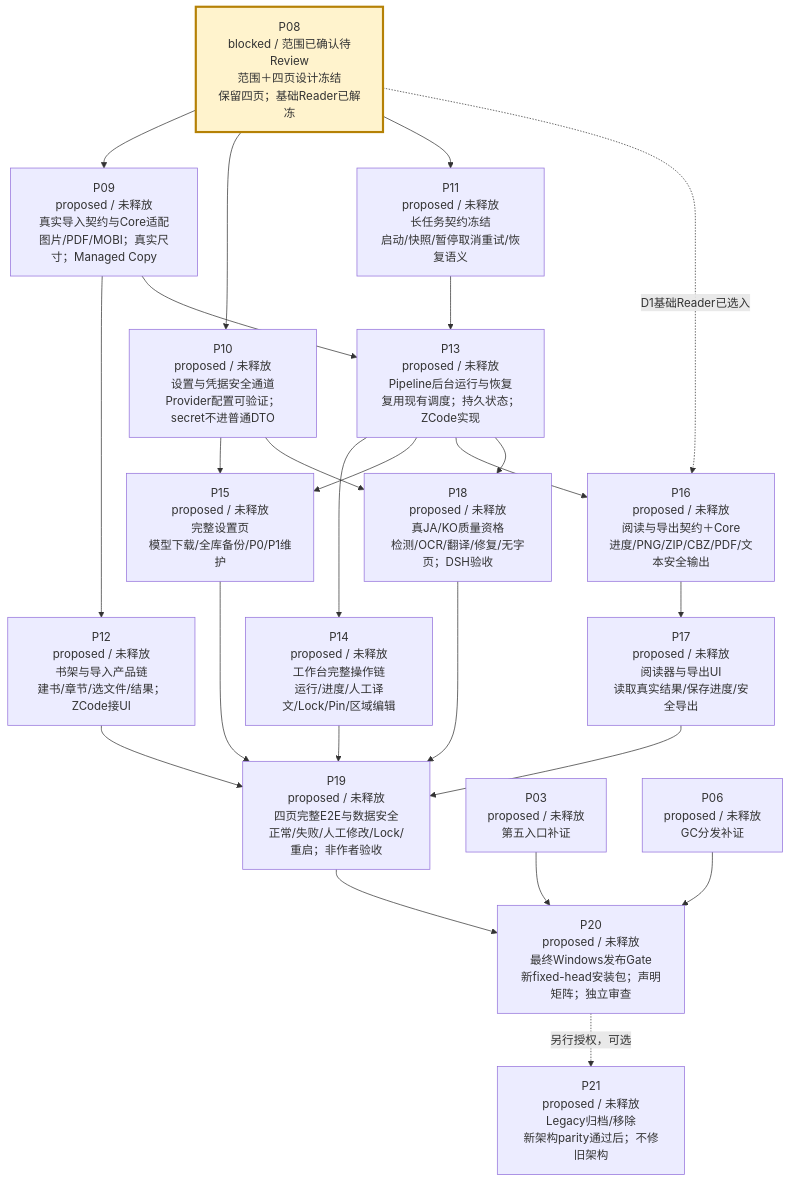
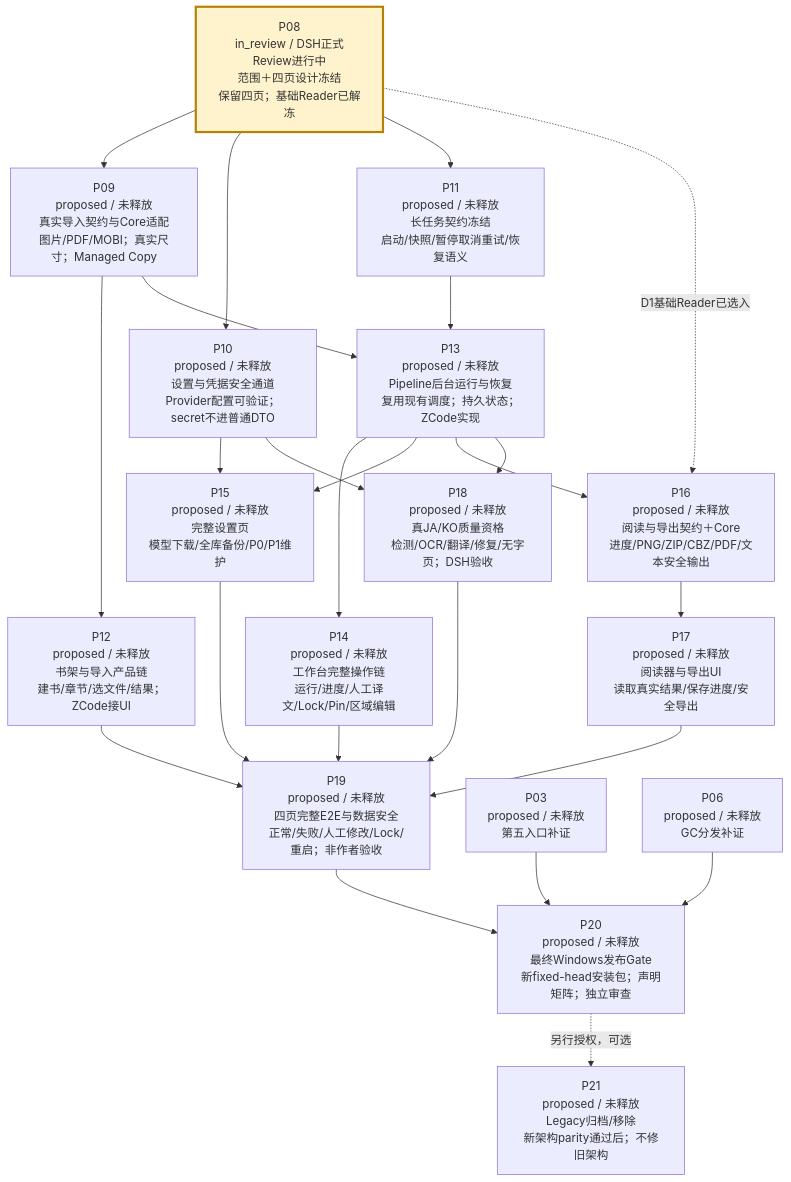
Before and after one commit to peakwheat-pixel/New-Manga: the third of 4 diagrams in verification/PROJECT-ROADMAP-20261008/ROADMAP.md, drawn with Mermaid. The commit also changed other lines of this file and 12 other files, not shown here.

````diff
--- a/verification/PROJECT-ROADMAP-20261008/ROADMAP.md
+++ b/verification/PROJECT-ROADMAP-20261008/ROADMAP.md
@@ -47,27 +47,27 @@
 ```mermaid
 flowchart TB
-  P08["P08<br/>blocked / 范围已确认待Review<br/>范围＋四页设计冻结<br/>保留四页；基础Reader已解冻"] --> P09["P09<br/>proposed / 未释放<br/>真实导入契约与Core适配<br/>图片/PDF/MOBI；真实尺寸；Managed Copy"]
+  P08["P08<br/>in_review / DSH正式Review进行中<br/>范围＋四页设计冻结<br/>保留四页；基础Reader已解冻"] --> P09["P09<br/>proposed / 未释放<br/>真实导入契约与Core适配<br/>图片/PDF/MOBI；真实尺寸；Managed Copy"]
   P08 --> P10["P10<br/>proposed / 未释放<br/>设置与凭据安全通道<br/>Provider配置可验证；secret不进普通DTO"]
   P08 --> P11["P11<br/>proposed / 未释放<br/>长任务契约冻结<br/>启动/快照/暂停取消重试/恢复语义"]
   P09 --> P12["P12<br/>proposed / 未释放<br/>书架与导入产品链<br/>建书/章节/选文件/结果；ZCode接UI"]
   P09 --> P13["P13<br/>proposed / 未释放<br/>Pipeline后台运行与恢复<br/>复用现有调度；持久状态；ZCode实现"]
   P11 --> P13
   P13 --> P14["P14<br/>proposed / 未释放<br/>工作台完整操作链<br/>运行/进度/人工译文/Lock/Pin/区域编辑"]
   P10 --> P15["P15<br/>proposed / 未释放<br/>完整设置页<br/>模型下载/全库备份/P0/P1维护"]
   P13 --> P15
   P13 --> P16["P16<br/>proposed / 未释放<br/>阅读与导出契约＋Core<br/>进度/PNG/ZIP/CBZ/PDF/文本安全输出"]
   P08 -. "D1基础Reader已选入" .-> P16
   P16 --> P17["P17<br/>proposed / 未释放<br/>阅读器与导出UI<br/>读取真实结果/保存进度/安全导出"]
   P10 --> P18["P18<br/>proposed / 未释放<br/>真JA/KO质量资格<br/>检测/OCR/翻译/修复/无字页；DSH验收"]
   P13 --> P18
   P12 --> P19["P19<br/>proposed / 未释放<br/>四页完整E2E与数据安全<br/>正常/失败/人工修改/Lock/重启；非作者验收"]
   P14 --> P19
   P15 --> P19
   P17 --> P19
   P18 --> P19
   P19 --> P20["P20<br/>proposed / 未释放<br/>最终Windows发布Gate<br/>新fixed-head安装包；声明矩阵；独立审查"]
   P03["P03<br/>proposed / 未释放<br/>第五入口补证"] --> P20
   P06["P06<br/>proposed / 未释放<br/>GC分发补证"] --> P20
   P20 -. "另行授权，可选" .-> P21["P21<br/>proposed / 未释放<br/>Legacy归档/移除<br/>新架构parity通过后；不修旧架构"]
   style P08 fill:#fff3cd,stroke:#b58105,stroke-width:3px
 ```
````
